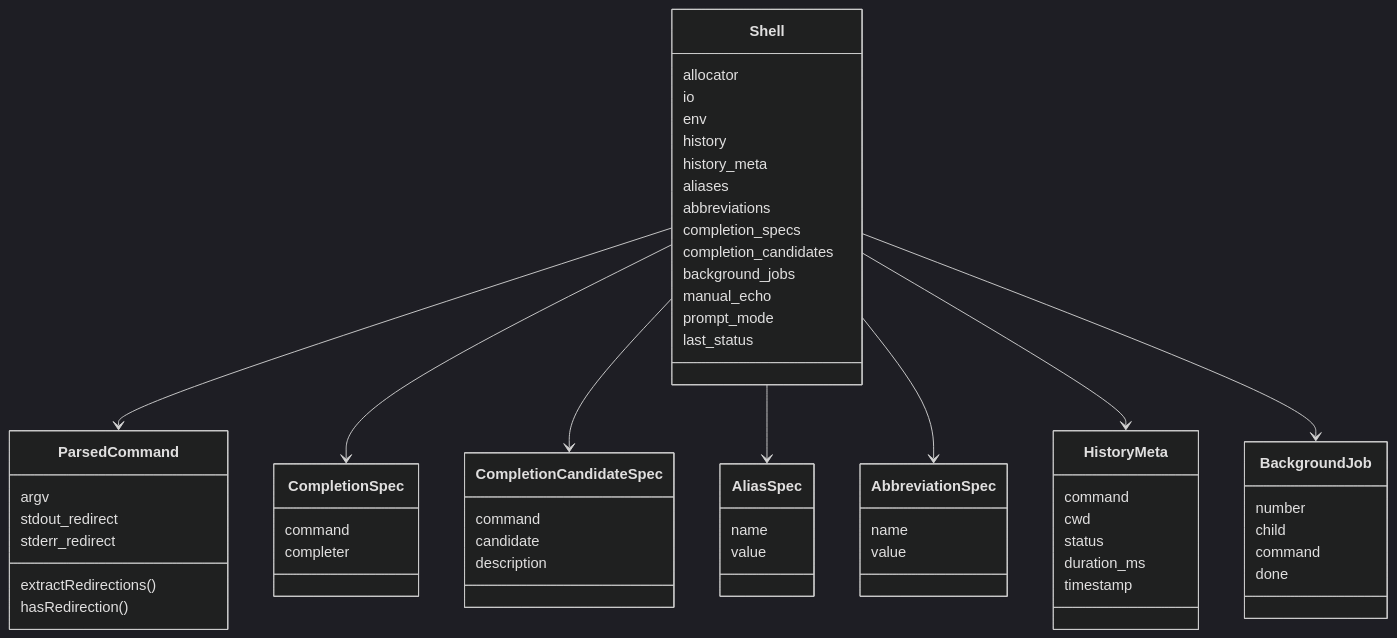
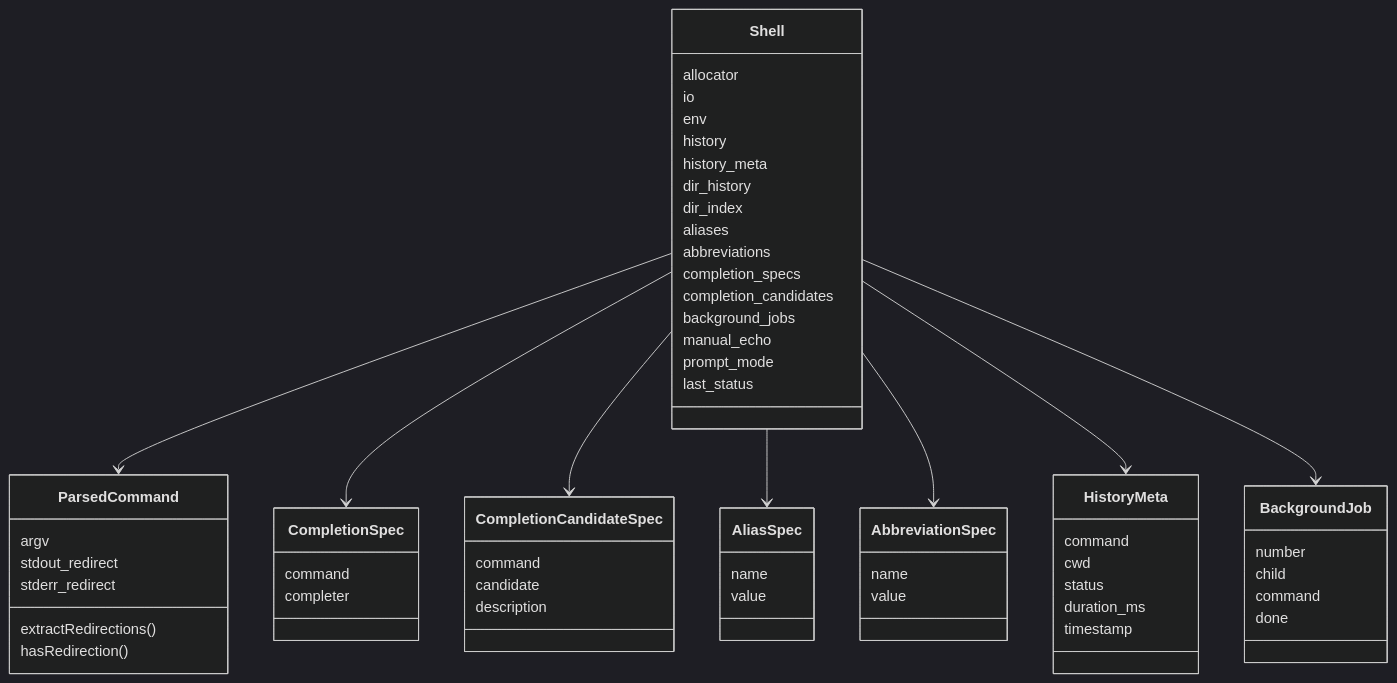
Before and after one commit to PascalAI2024/ZiggyZag: the second of 2 diagrams in docs/ARCHITECTURE.md, drawn with Mermaid (dark theme). The commit also changed other lines of this file and 6 other files, not shown here.

````diff
--- a/docs/ARCHITECTURE.md
+++ b/docs/ARCHITECTURE.md
@@ -47,62 +49,64 @@
 ```mermaid
 classDiagram
     class Shell {
       allocator
       io
       env
       history
       history_meta
+      dir_history
+      dir_index
       aliases
       abbreviations
       completion_specs
       completion_candidates
       background_jobs
       manual_echo
       prompt_mode
       last_status
     }
     class ParsedCommand {
       argv
       stdout_redirect
       stderr_redirect
       extractRedirections()
       hasRedirection()
     }
     class CompletionSpec {
       command
       completer
     }
     class AliasSpec {
       name
       value
     }
     class AbbreviationSpec {
       name
       value
     }
     class CompletionCandidateSpec {
       command
       candidate
       description
     }
     class HistoryMeta {
       command
       cwd
       status
       duration_ms
       timestamp
     }
     class BackgroundJob {
       number
       child
       command
       done
     }
     Shell --> ParsedCommand
     Shell --> CompletionSpec
     Shell --> CompletionCandidateSpec
     Shell --> AliasSpec
     Shell --> AbbreviationSpec
     Shell --> HistoryMeta
     Shell --> BackgroundJob
 ```
````
